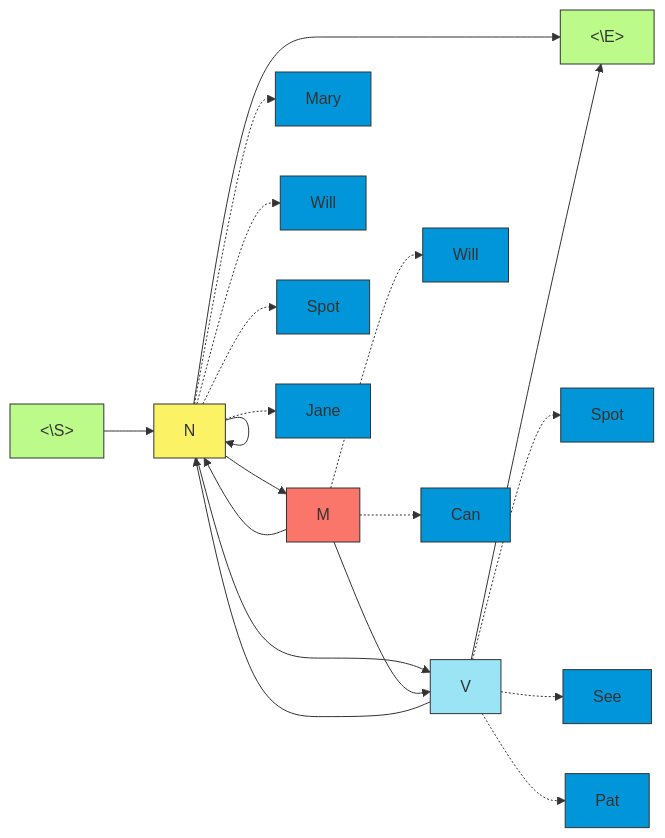
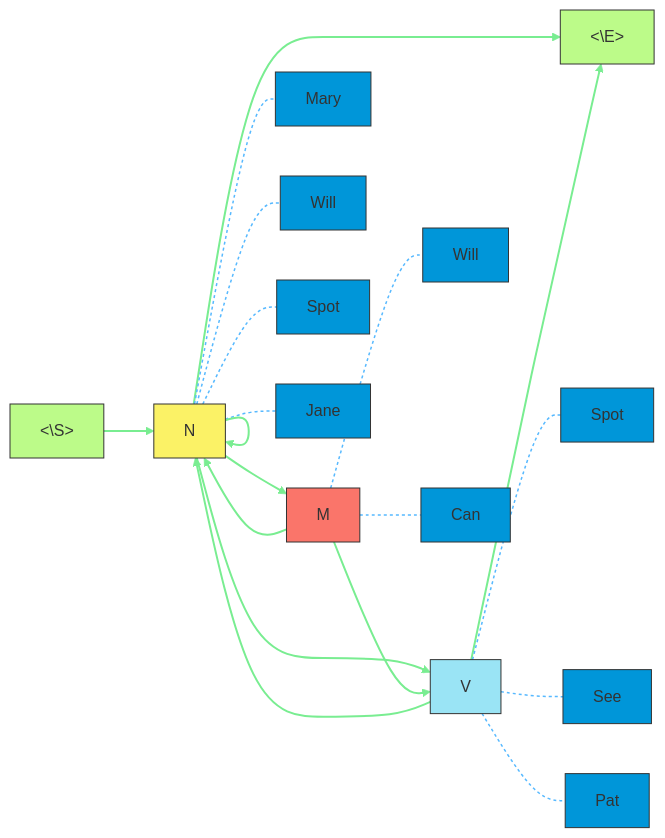
The first of 7 diagrams in C_5.md (Chaklader/part-of-speech-tagging), drawn with Mermaid before and after one commit.

````diff
--- a/C_5.md
+++ b/C_5.md
@@ -69,37 +68,42 @@
 ```mermaid
 graph LR
-    S["<\S>"] --> N
-    N --> N
-    N --> M
-    N --> V
-    N --> E["<\E>"]
-    M --> N
-    M --> V
-    V --> N
-    V --> E
+    S["<\S>"] -->|" "|N
+    N -->|" "|N
+    N -->|" "|M
+    N -->|" "|V
+    N -->|" "|E["<\E>"]
+    M -->|" "|N
+    M -->|" "|V
+    V -->|" "|N
+    V -->|" "|E
     %% Emission probabilities shown as dashed lines
-    N -.-> Mary
-    N -.-> Will1[Will]
-    N -.-> Spot1[Spot]
-    N -.-> Jane
-    M -.-> Will2[Will]
-    M -.-> Can
-    V -.-> Spot2[Spot]
-    V -.-> See
-    V -.-> Pat
+    N -.-|" "|Mary
+    N -.-|" "|Will1[Will]
+    N -.-|" "|Spot1[Spot]
+    N -.-|" "|Jane
+    M -.-|" "|Will2[Will]
+    M -.-|" "|Can
+    V -.-|" "|Spot2[Spot]
+    V -.-|" "|See
+    V -.-|" "|Pat
 
+    %% Node styles
     style S fill:#BCFB89,stroke:#333,stroke-width:1px
     style E fill:#BCFB89,stroke:#333,stroke-width:1px
     style N fill:#FBF266,stroke:#333,stroke-width:1px
     style M fill:#FA756A,stroke:#333,stroke-width:1px
     style V fill:#9AE4F5,stroke:#333,stroke-width:1px
     style Mary fill:#0096D9,stroke:#333,stroke-width:1px
     style Will1 fill:#0096D9,stroke:#333,stroke-width:1px
     style Spot1 fill:#0096D9,stroke:#333,stroke-width:1px
     style Jane fill:#0096D9,stroke:#333,stroke-width:1px
     style Will2 fill:#0096D9,stroke:#333,stroke-width:1px
     style Can fill:#0096D9,stroke:#333,stroke-width:1px
     style Spot2 fill:#0096D9,stroke:#333,stroke-width:1px
     style See fill:#0096D9,stroke:#333,stroke-width:1px
     style Pat fill:#0096D9,stroke:#333,stroke-width:1px
+
+    %% Link styles
+    linkStyle 0,1,2,3,4,5,6,7,8 stroke:#79ED91,stroke-width:2px
+    linkStyle 9,10,11,12,13,14,15,16,17 stroke:#57B9FF,stroke-width:1.5px,stroke-dasharray:3
 ```
````
